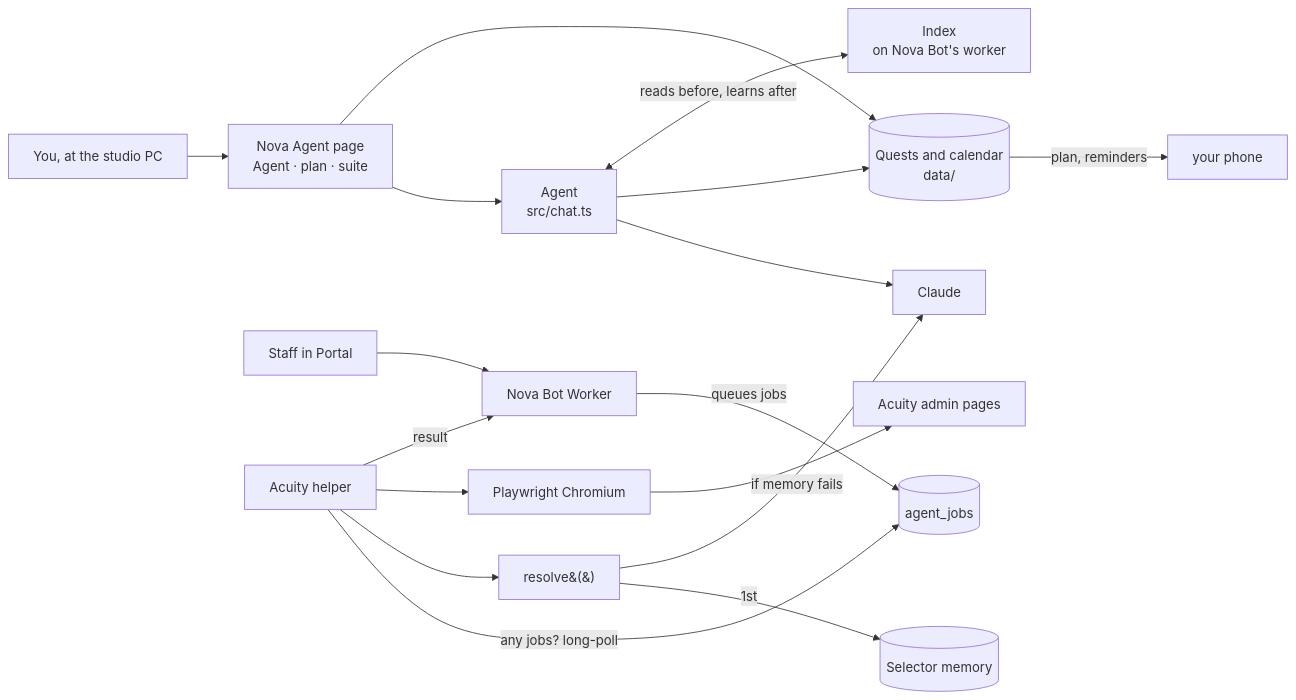
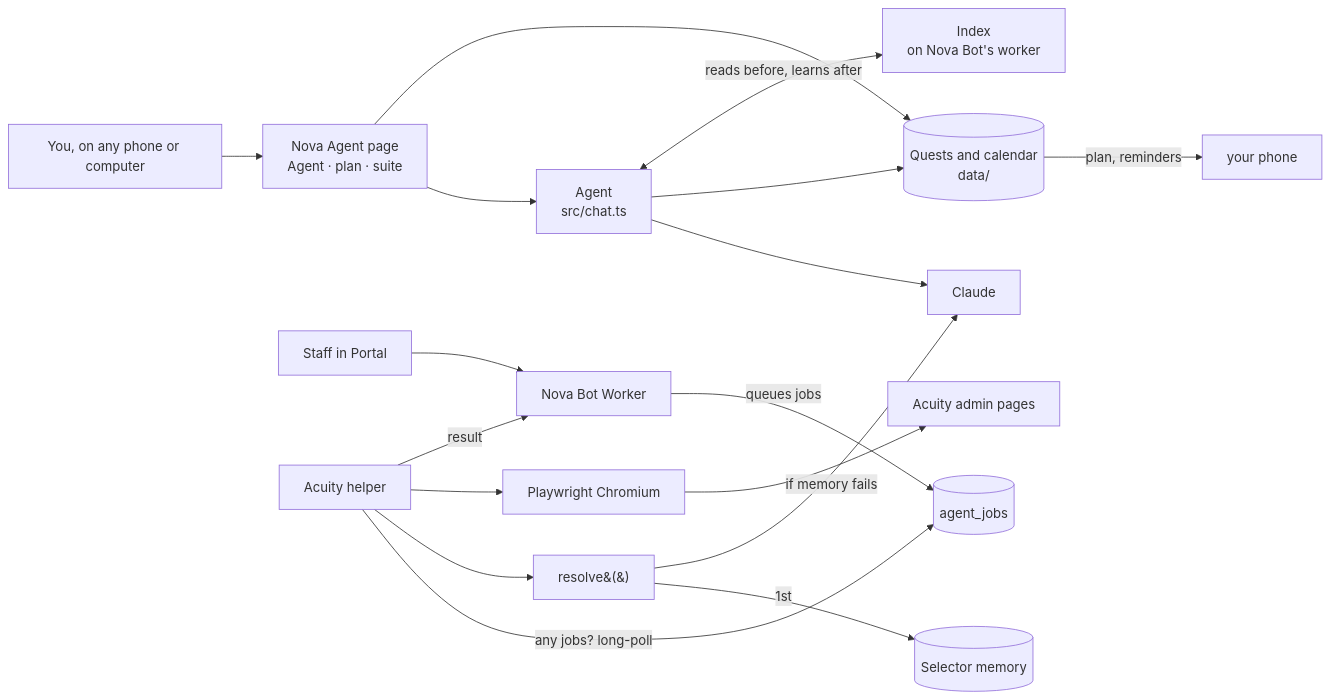
One commit to tuniveza/nova-agent changed the diagram in README.md. Above: the diagram before and after it, drawn with Mermaid. The commit also changed other lines of this file and 8 other files, not shown here.

Commit message:
Manual and READMEs: Nova Agent runs on the VPS (day and night, every laptop off), not on the studio PC; Quests' options and the Fixer's wide view described

````diff
--- a/README.md
+++ b/README.md
@@ -517,16 +518,16 @@
 ```mermaid
 flowchart LR
-    You[You, at the studio PC] --> UI[Nova Agent page<br/>Agent · plan · suite]
+    You[You, on any phone or computer] --> UI[Nova Agent page<br/>Agent · plan · suite]
     UI --> Chat[Agent<br/>src/chat.ts] --> Claude[Claude]
     Chat --> Q[(Quests and calendar<br/>data/)]
     UI --> Q
     Chat <-->|reads before, learns after| NI[Index<br/>on Nova Bot's worker]
     Q -->|plan, reminders| Phone[your phone]
     S[Staff in Portal] --> NB[Nova Bot Worker]
     NB -->|queues jobs| J[(agent_jobs)]
     NA[Acuity helper] -->|"any jobs?" long-poll| J
     NA --> R[resolve&#40;&#41;] -->|1st| M[(Selector memory)]
     R -->|if memory fails| Claude
     NA --> B[Playwright Chromium] --> A[Acuity admin pages]
     NA -->|result| NB
 ```
````
